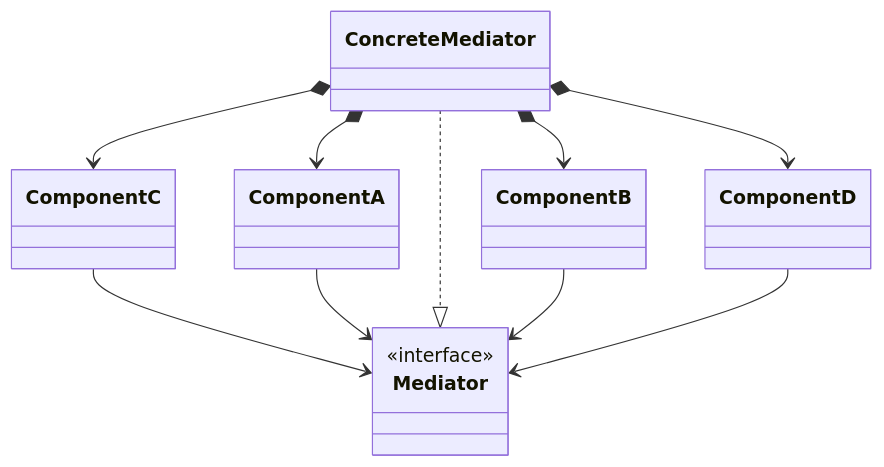
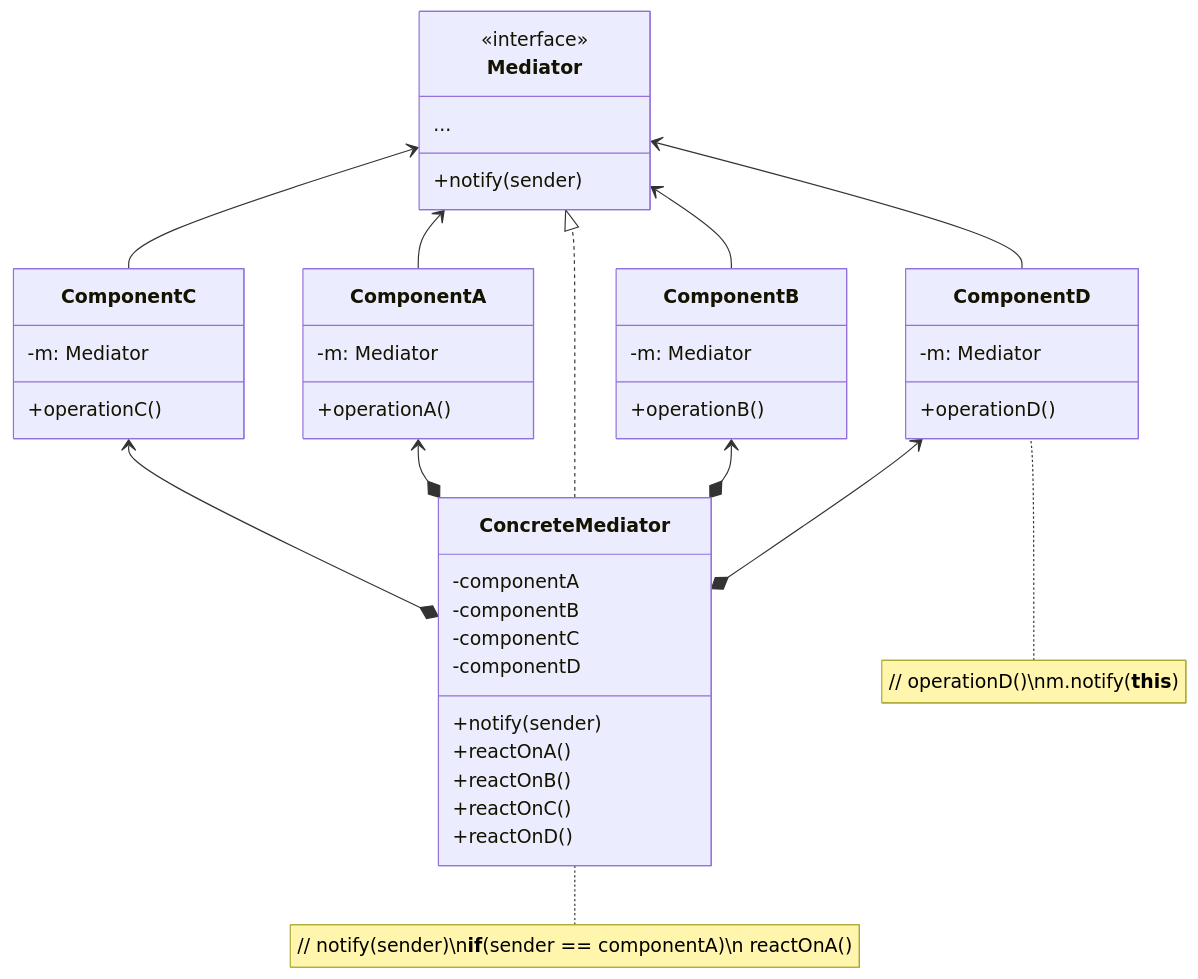
One commit to corbeau217/cpp_opengl_vehicles changed the sixth of 10 diagrams in docs/docs_03_designables_suppliment_01.md. Above: the diagram before and after it, drawn with Mermaid. The commit also changed other lines of this file and 1 other file, not shown here.

Commit message:
completed the design pattern uml diagrams

````diff
--- a/docs/docs_03_designables_suppliment_01.md
+++ b/docs/docs_03_designables_suppliment_01.md
@@ -275,25 +323,51 @@
 ```mermaid
 classDiagram
-    direction TB
+    direction BT
 
-    class ComponentC
-    class ComponentA
-    class ConcreteMediator
+    class ComponentC{
+        -m: Mediator
+        +operationC()
+    }
+    class ComponentA{
+        -m: Mediator
+        +operationA()
+    }
+    class ConcreteMediator{
+        -componentA
+        -componentB
+        -componentC
+        -componentD
+        +notify(sender)
+        +reactOnA()
+        +reactOnB()
+        +reactOnC()
+        +reactOnD()
+    }
+    note for ConcreteMediator "// notify(sender)\n<b>if</b>(sender == componentA)\n  reactOnA()"
     class Mediator{
         <<interface>>
+        ...
+        +notify(sender)
     }
-    class ComponentB
-    class ComponentD
+    class ComponentB{
+        -m: Mediator
+        +operationB()
+    }
+    class ComponentD{
+        -m: Mediator
+        +operationD()
+    }
+    note for ComponentD "// operationD()\nm.notify(<b>this</b>)"
 
     ComponentC --> Mediator
     ComponentA --> Mediator
     ConcreteMediator *--> ComponentC
     ConcreteMediator *--> ComponentA
     ConcreteMediator ..|> Mediator
     ConcreteMediator *--> ComponentB
     ConcreteMediator *--> ComponentD
     ComponentB --> Mediator
     ComponentD --> Mediator
     
 
 ```
````
